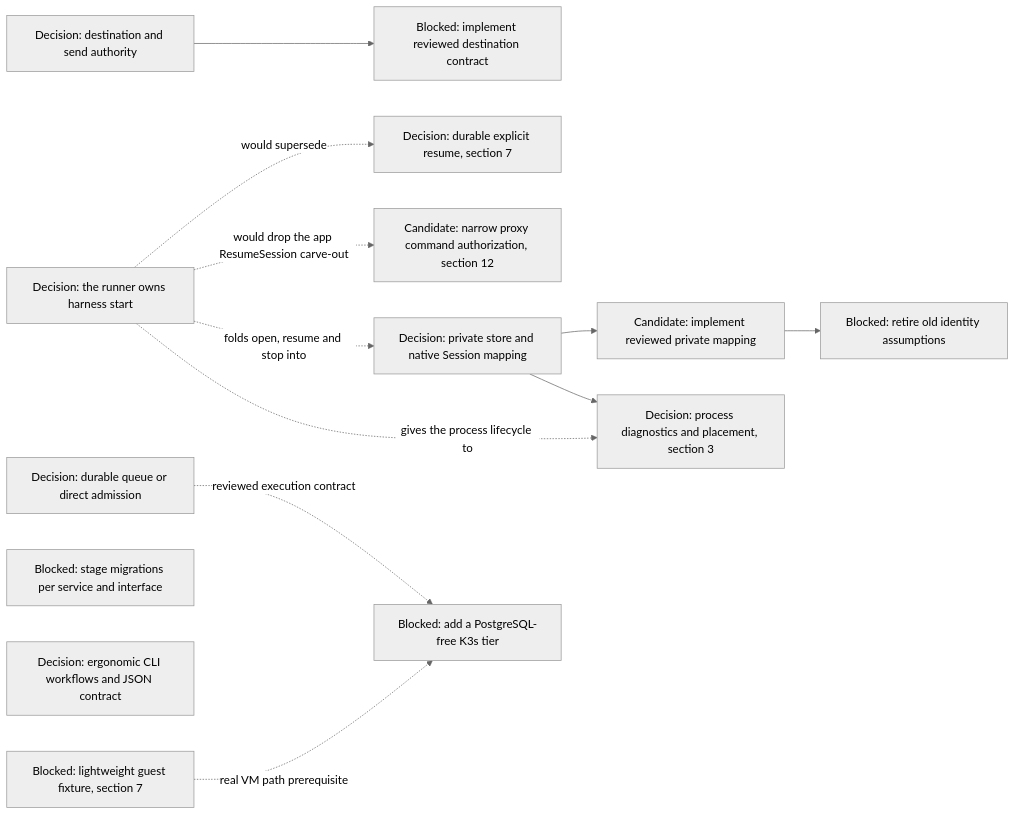
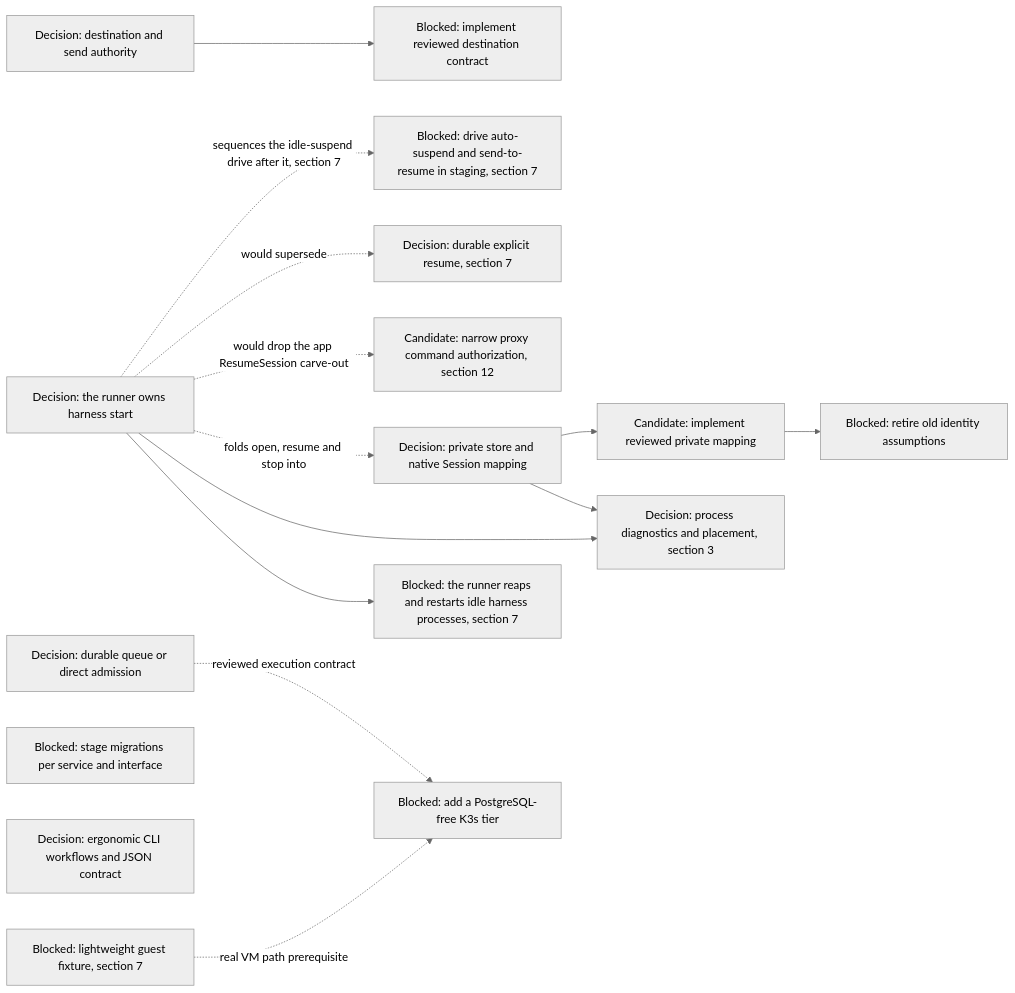
One commit to agentydragon-agent/ducktape changed diagram 16 of 16 in agentplane/plans/task_dag.md. Above: the diagram before and after it, drawn with Mermaid (neutral theme). The commit also changed other lines of this file, not shown here.

First line of the commit message:
DAG: sequence the idle-suspend drive after the harness decision, add RUNNER_RENAME (#10940)

````diff
--- a/agentplane/plans/task_dag.md
+++ b/agentplane/plans/task_dag.md
@@ -1691,27 +1721,31 @@
 ```mermaid
 flowchart LR
     DISPATCHER_PERSISTENCE_MODEL_DESIGN[Decision: durable queue or direct admission]
     DELIVERY_DESTINATION_AUTHORITY_DESIGN[Decision: destination and send authority]
     DELIVERY_DESTINATION_CONTRACT[Blocked: implement reviewed destination contract]
     HARNESS_IDENTITY_DESIGN[Decision: private store and native Session mapping]
     RUNNER_STORE_SESSION_IDENTITY[Candidate: implement reviewed private mapping]
     RUNNER_IDENTITY_LEGACY_CLEANUP[Blocked: retire old identity assumptions]
     HARNESS_LIFECYCLE_OWNERSHIP[Decision: the runner owns harness start]
+    RUNNER_IDLE_HARNESS_REAP[Blocked: the runner reaps and restarts idle harness processes, section 7]
+    IDLE_SUSPEND_UI_DRIVE[Blocked: drive auto-suspend and send-to-resume in staging, section 7]
     APP_NATIVE_RESUME_CONTRACT[Decision: durable explicit resume, section 7]
     PROXY_START_METHODS_DISPATCHER_ONLY[Candidate: narrow proxy command authorization, section 12]
     RUNNER_HARNESS_OBJECTS_DESIGN[Decision: process diagnostics and placement, section 3]
     SERVICE_API_TRANSPORT_MIGRATIONS[Blocked: stage migrations per service and interface]
     AGENT_API_TOOLING_DESIGN[Decision: ergonomic CLI workflows and JSON contract]
     CNPG_FREE_K3S_INTEGRATION_TIER[Blocked: add a PostgreSQL-free K3s tier]
     K3S_VM_IMAGE[Blocked: lightweight guest fixture, section 7]
     DELIVERY_DESTINATION_AUTHORITY_DESIGN --> DELIVERY_DESTINATION_CONTRACT
     RUNNER_STORE_SESSION_IDENTITY --> RUNNER_IDENTITY_LEGACY_CLEANUP
     HARNESS_IDENTITY_DESIGN --> RUNNER_STORE_SESSION_IDENTITY
     HARNESS_IDENTITY_DESIGN --> RUNNER_HARNESS_OBJECTS_DESIGN
+    HARNESS_LIFECYCLE_OWNERSHIP -. sequences the idle-suspend drive after it, section 7 .-> IDLE_SUSPEND_UI_DRIVE
     HARNESS_LIFECYCLE_OWNERSHIP -. would supersede .-> APP_NATIVE_RESUME_CONTRACT
     HARNESS_LIFECYCLE_OWNERSHIP -. would drop the app ResumeSession carve-out .-> PROXY_START_METHODS_DISPATCHER_ONLY
     HARNESS_LIFECYCLE_OWNERSHIP -. folds open, resume and stop into .-> HARNESS_IDENTITY_DESIGN
-    HARNESS_LIFECYCLE_OWNERSHIP -. gives the process lifecycle to .-> RUNNER_HARNESS_OBJECTS_DESIGN
+    HARNESS_LIFECYCLE_OWNERSHIP --> RUNNER_HARNESS_OBJECTS_DESIGN
+    HARNESS_LIFECYCLE_OWNERSHIP --> RUNNER_IDLE_HARNESS_REAP
     DISPATCHER_PERSISTENCE_MODEL_DESIGN -. reviewed execution contract .-> CNPG_FREE_K3S_INTEGRATION_TIER
     K3S_VM_IMAGE -. real VM path prerequisite .-> CNPG_FREE_K3S_INTEGRATION_TIER
 ```
````
